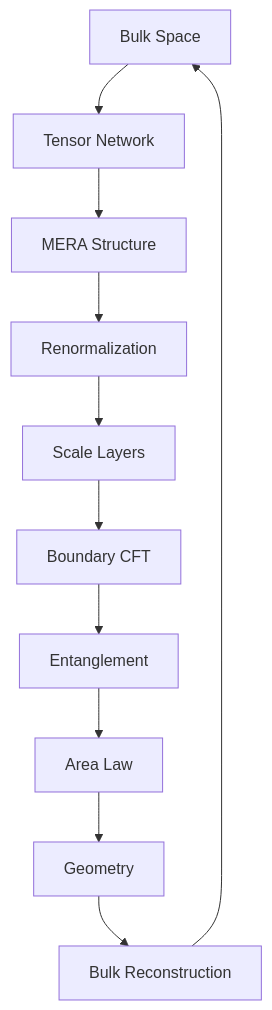
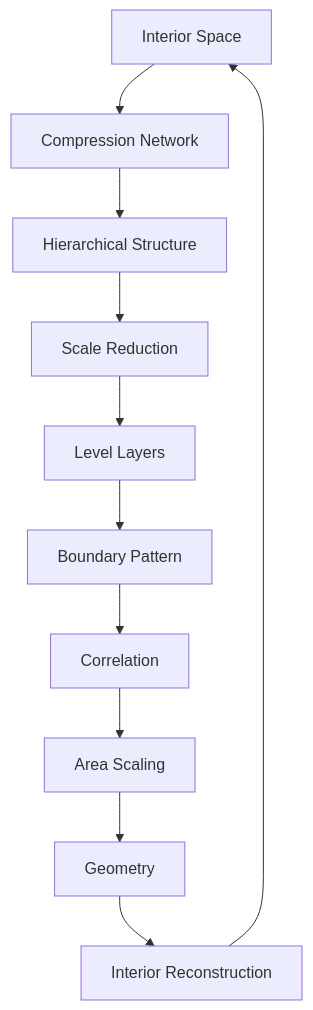
One commit to loning/the-phys changed the first of 2 diagrams in docs/psi-structum/book-1-collapse-ontology/part-04-quantum-gravity/chapter-053-holographic-boundary-encoding.md. Above: the diagram before and after it, drawn with Mermaid. The commit also changed other lines of this file and 11 other files, not shown here.

````diff
--- a/docs/psi-structum/book-1-collapse-ontology/part-04-quantum-gravity/chapter-053-holographic-boundary-encoding.md
+++ b/docs/psi-structum/book-1-collapse-ontology/part-04-quantum-gravity/chapter-053-holographic-boundary-encoding.md
@@ -72,13 +82,13 @@
 ```mermaid
 graph TD
-    A[Bulk Space] --> B[Tensor Network]
-    B --> C[MERA Structure]
-    C --> D[Renormalization]
-    D --> E[Scale Layers]
-    E --> F[Boundary CFT]
-    F --> G[Entanglement]
-    G --> H[Area Law]
+    A[Interior Space] --> B[Compression Network]
+    B --> C[Hierarchical Structure]
+    C --> D[Scale Reduction]
+    D --> E[Level Layers]
+    E --> F[Boundary Pattern]
+    F --> G[Correlation]
+    G --> H[Area Scaling]
     H --> I[Geometry]
-    I --> J[Bulk Reconstruction]
+    I --> J[Interior Reconstruction]
     J --> A
 ```
````
